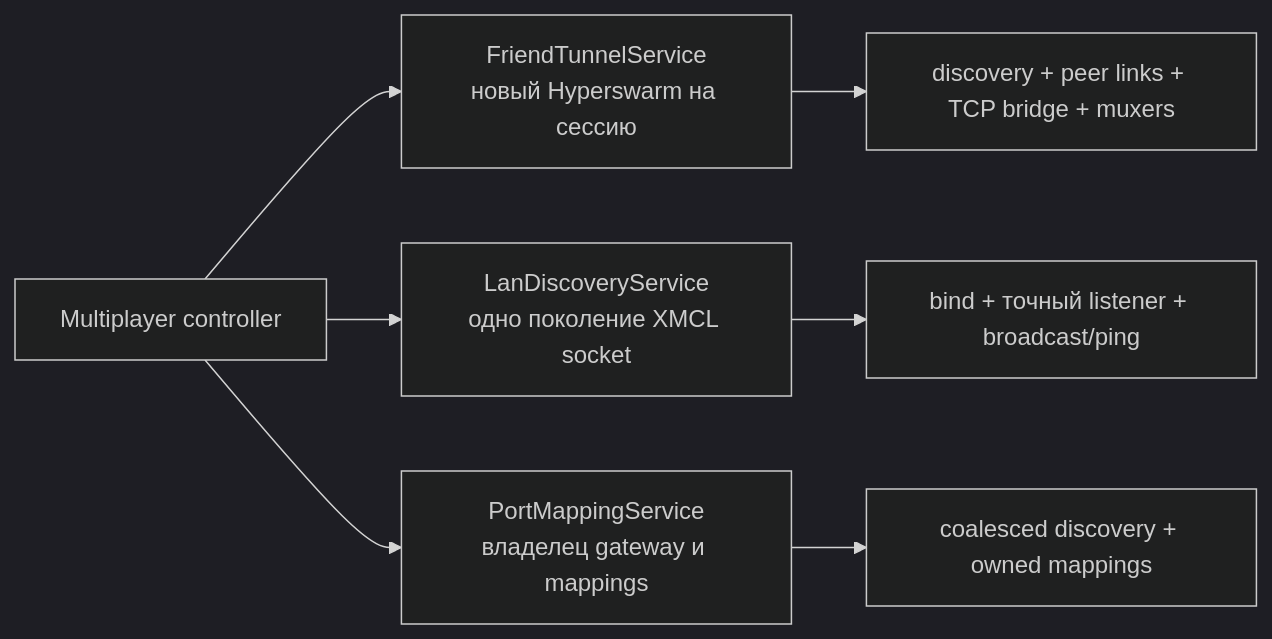
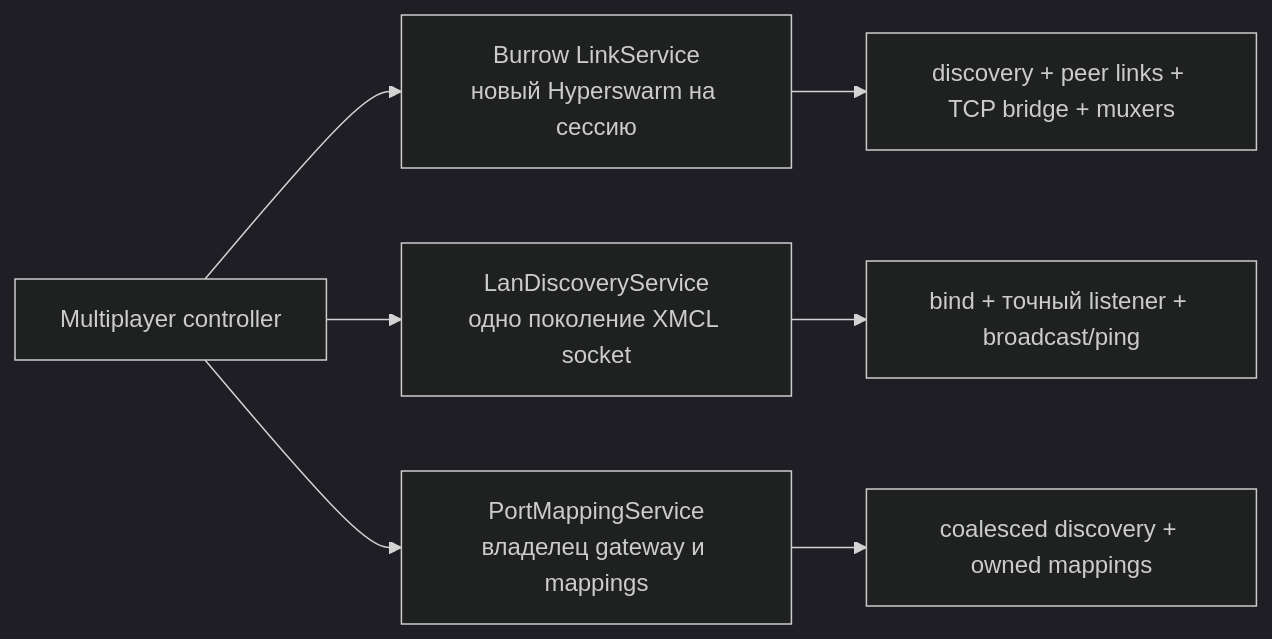
Before and after one commit to malyarq/fmcl: the third of 3 diagrams in docs/ru/architecture.md, drawn with Mermaid (dark theme). The commit also changed other lines of this file and 268 other files, not shown here.

Commit message:
rebuild FriendLauncher as Burrow

````diff
--- a/docs/ru/architecture.md
+++ b/docs/ru/architecture.md
@@ -126,9 +126,9 @@
 ```mermaid
 flowchart LR
-  UI["Multiplayer controller"] --> T["FriendTunnelService\nновый Hyperswarm на сессию"]
+  UI["Multiplayer controller"] --> T["Burrow LinkService\nновый Hyperswarm на сессию"]
   UI --> L["LanDiscoveryService\nодно поколение XMCL socket"]
   UI --> U["PortMappingService\nвладелец gateway и mappings"]
   T --> TS["discovery + peer links + TCP bridge + muxers"]
   L --> LS["bind + точный listener + broadcast/ping"]
   U --> US["coalesced discovery + owned mappings"]
 ```
````
